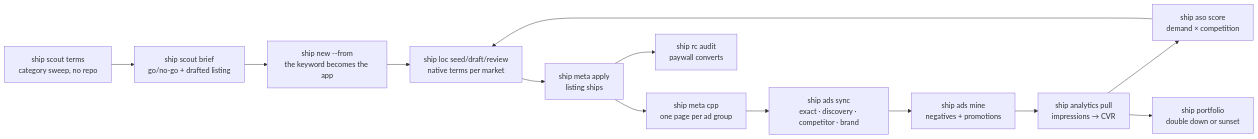
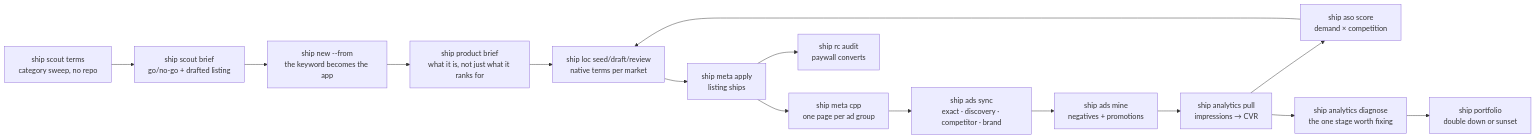
The diagram in README.md (orangutanger1/shipkit), drawn with Mermaid before and after one commit. The commit also changed other lines of this file and 11 other files, not shown here.

````diff
--- a/README.md
+++ b/README.md
@@ -240,15 +241,17 @@
 ```mermaid
 graph LR
   SC[ship scout terms<br/>category sweep, no repo] --> BR[ship scout brief<br/>go/no-go + drafted listing]
   BR --> NEW[ship new --from<br/>the keyword becomes the app]
-  NEW --> LOC[ship loc seed/draft/review<br/>native terms per market]
+  NEW --> PB[ship product brief<br/>what it is, not just what it ranks for]
+  PB --> LOC[ship loc seed/draft/review<br/>native terms per market]
   LOC --> M[ship meta apply<br/>listing ships]
   M --> CPP[ship meta cpp<br/>one page per ad group]
   CPP --> ADS[ship ads sync<br/>exact · discovery · competitor · brand]
   ADS --> MINE[ship ads mine<br/>negatives + promotions]
   MINE --> AN[ship analytics pull<br/>impressions → CVR]
   AN --> V[ship aso score<br/>demand × competition]
   V --> LOC
   M --> RC[ship rc audit<br/>paywall converts]
-  AN --> PORT[ship portfolio<br/>double down or sunset]
+  AN --> DX[ship analytics diagnose<br/>the one stage worth fixing]
+  DX --> PORT[ship portfolio<br/>double down or sunset]
 ```
````
